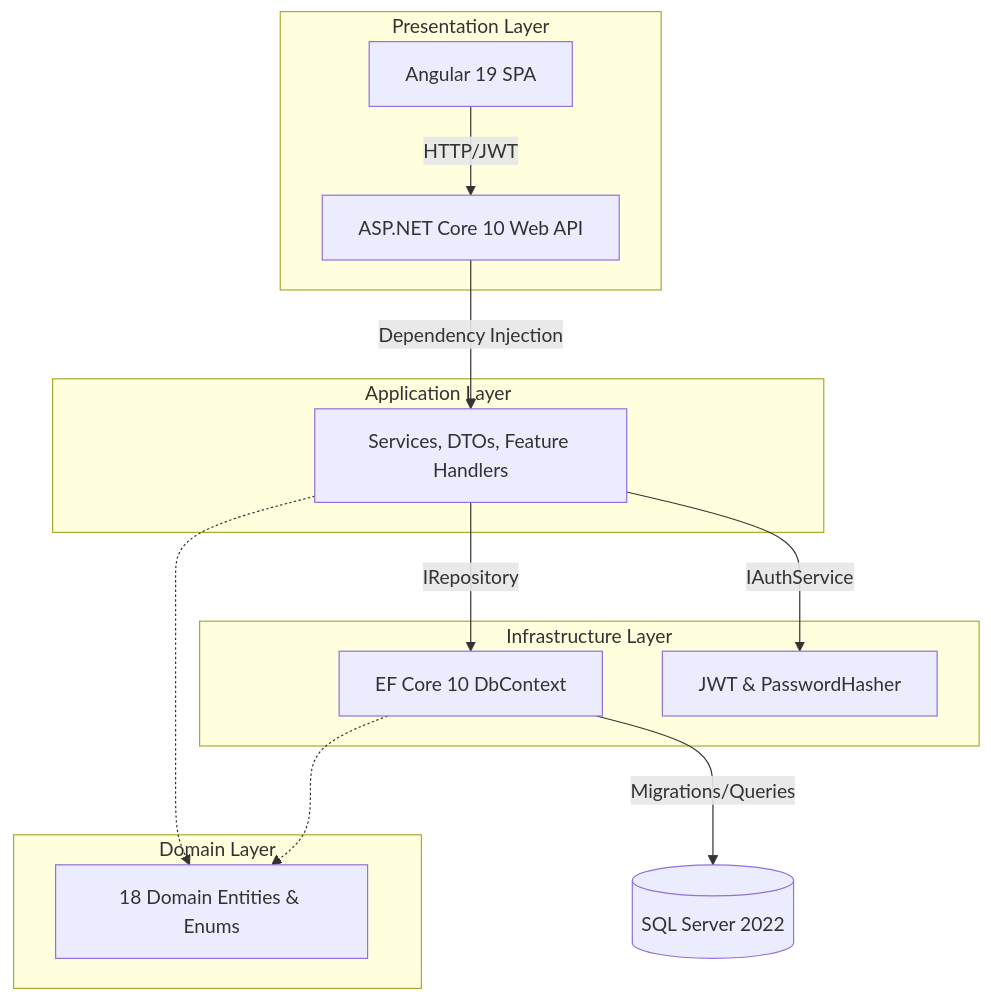
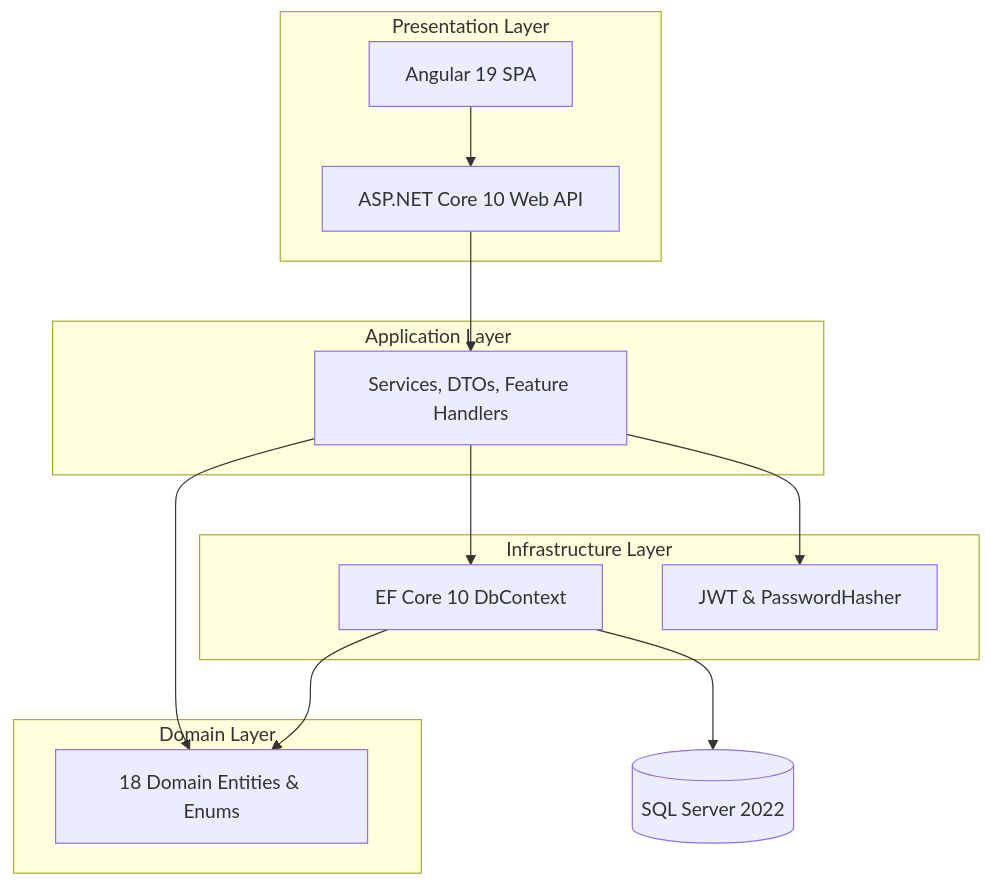
The diagram in README.md (MazenDarweesh/DynamicProLearn), drawn with Mermaid before and after one commit.

Commit message:
docs: simplify Mermaid diagram to fix rendering issues

````diff
--- a/README.md
+++ b/README.md
@@ -24,30 +24,30 @@
 ```mermaid
 graph TD
-    subgraph PresentationLayer [Presentation Layer]
+    subgraph Presentation ["Presentation Layer"]
         UI["Angular 19 SPA"]
         API["ASP.NET Core 10 Web API"]
     end
 
-    subgraph ApplicationLayer [Application Layer]
+    subgraph Application ["Application Layer"]
         CQRS["Services, DTOs, Feature Handlers"]
     end
 
-    subgraph InfrastructureLayer [Infrastructure Layer]
+    subgraph Infrastructure ["Infrastructure Layer"]
         EF["EF Core 10 DbContext"]
         Auth["JWT & PasswordHasher"]
     end
 
-    subgraph DomainLayer [Domain Layer]
+    subgraph Domain ["Domain Layer"]
         Entities["18 Domain Entities & Enums"]
     end
 
     DB[("SQL Server 2022")]
 
-    UI -->|HTTP/JWT| API
-    API -->|Dependency Injection| CQRS
-    CQRS -->|IRepository| EF
-    CQRS -->|IAuthService| Auth
-    CQRS -.-> Entities
-    EF -.-> Entities
-    EF -->|Migrations/Queries| DB
+    UI --> API
+    API --> CQRS
+    CQRS --> EF
+    CQRS --> Auth
+    CQRS --> Entities
+    EF --> Entities
+    EF --> DB
 ```
````
